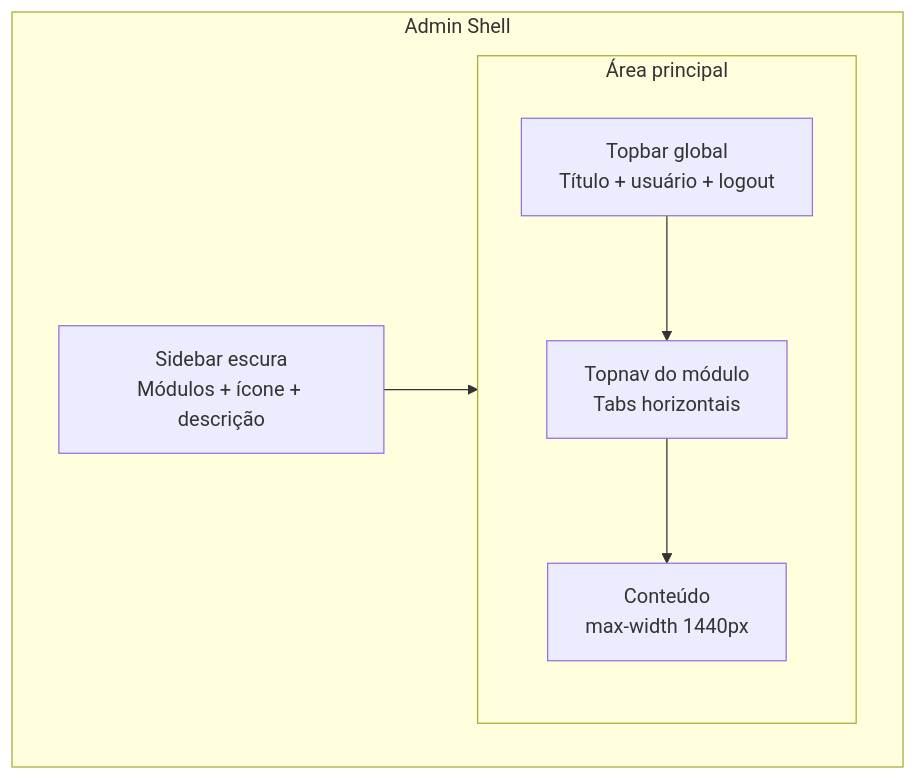
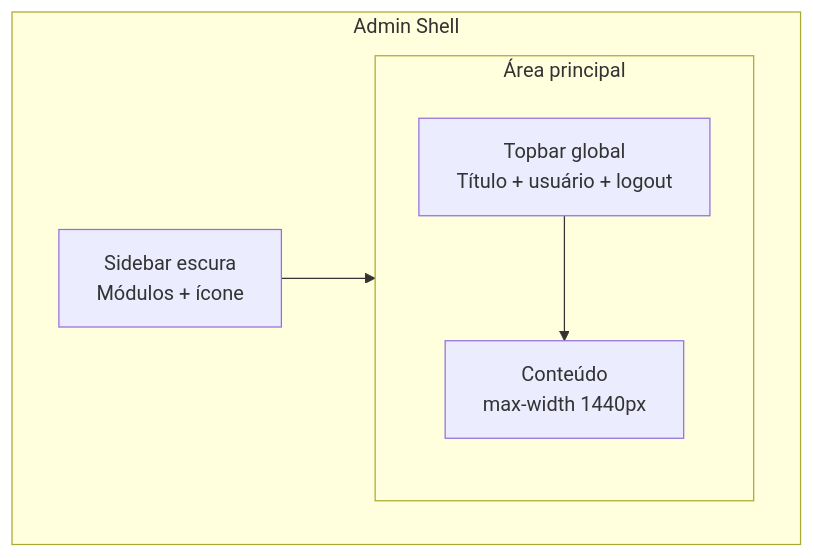
One commit to alissonpissetti/acaf-adm changed the diagram in docs/REFERENCIA-VISUAL.md. Above: the diagram before and after it, drawn with Mermaid. The commit also changed other lines of this file and 79 other files, not shown here.

````diff
--- a/docs/REFERENCIA-VISUAL.md
+++ b/docs/REFERENCIA-VISUAL.md
@@ -46,13 +46,12 @@
 ```mermaid
 flowchart TB
   subgraph shell [Admin Shell]
-    Sidebar["Sidebar escura\nMódulos + ícone + descrição"]
+    Sidebar["Sidebar escura\nMódulos + ícone"]
     subgraph main [Área principal]
       Topbar["Topbar global\nTítulo + usuário + logout"]
-      ModuleNav["Topnav do módulo\nTabs horizontais"]
       Content["Conteúdo\nmax-width 1440px"]
     end
   end
   Sidebar --> main
-  Topbar --> ModuleNav --> Content
+  Topbar --> Content
 ```
````
